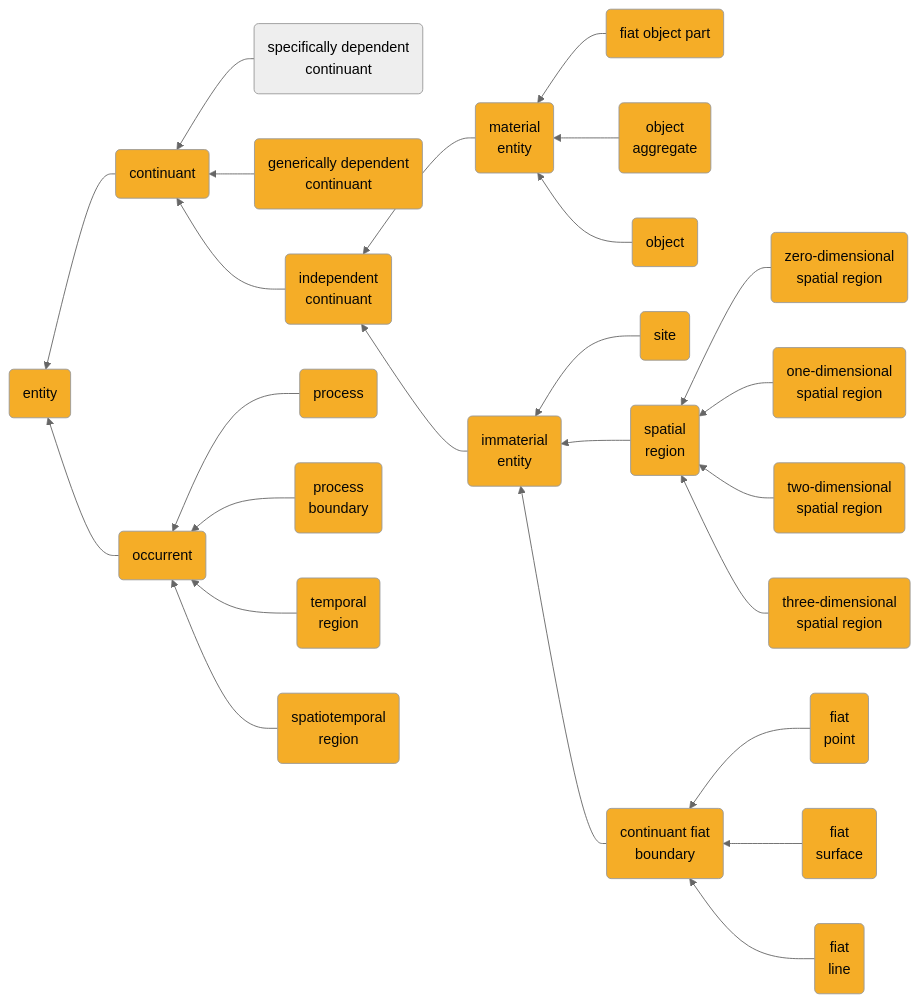
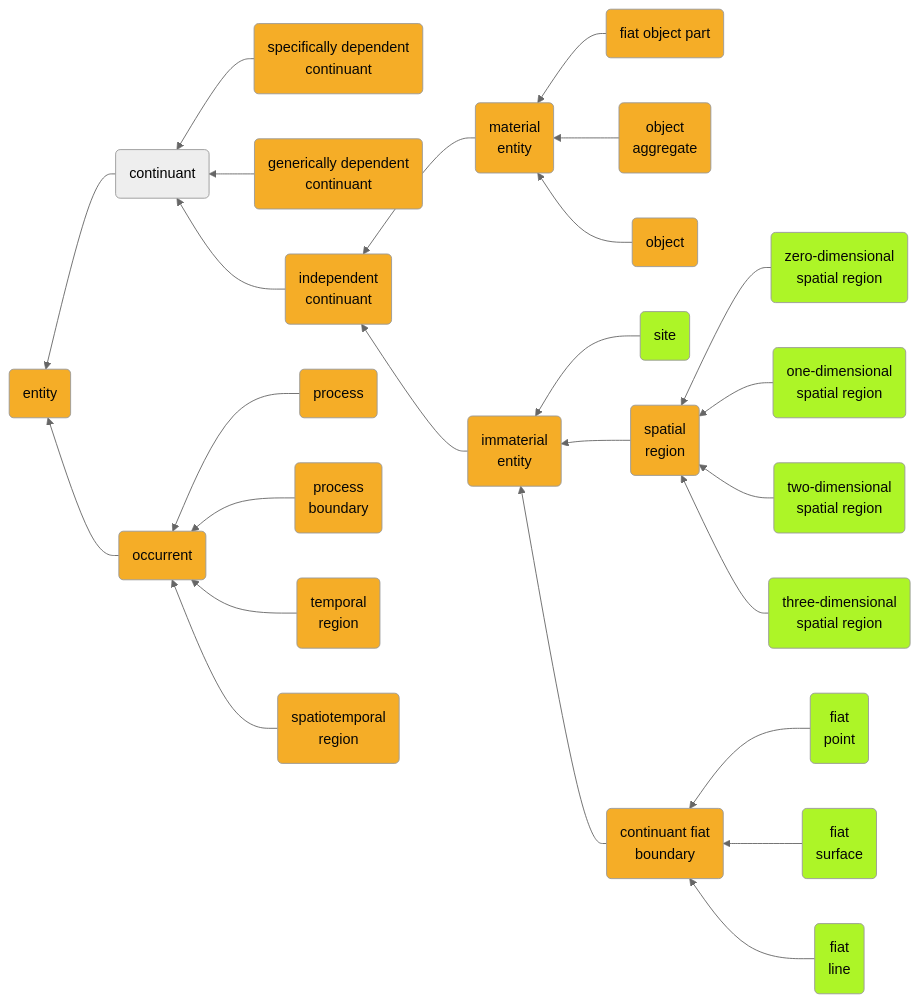
One commit to dr-shorthair/BFO-2020 changed the second of 2 diagrams in README.md. Above: the diagram before and after it, drawn with Mermaid (neutral theme).

Commit message:
Update README.md
Tweak colours for IC branch

````diff
--- a/README.md
+++ b/README.md
@@ -84,30 +84,31 @@
 ```mermaid
 graph RL
 	B(continuant)-->A(entity):::BFO
-	D(specifically dependent<br> continuant)-->B(continuant):::BFO
+	D(specifically dependent<br> continuant):::BFO-->B(continuant)
 	E(generically dependent<br> continuant):::BFO-->B(continuant)
-	F(independent<br> continuant)-->B(continuant)
-	G(material entity)-->F(independent<br> continuant):::BFO
-	H(immaterial<br> entity)-->F(independent<br> continuant)
-	O(site):::BFO-->H(immaterial<br> entity):::BFO
-	P(spatial<br> region):::BFO-->H(immaterial<br> entity)
-	Q(continuant fiat<br> boundary):::BFO-->H(immaterial<br> entity)
-	R(fiat<br> point):::BFO-->Q(continuant fiat<br> boundary):::BFO
-	S(fiat<br> surface):::BFO-->Q(continuant fiat<br> boundary)
-	T(fiat<br> line):::BFO-->Q(continuant fiat<br> boundary)
-	VD(zero-dimensional<br> spatial region):::BFO-->P(spatial<br> region):::BFO
-	U(one-dimensional<br> spatial region):::BFO-->P(spatial<br> region):::BFO
-	V(two-dimensional<br> spatial region):::BFO-->P(spatial<br> region):::BFO
-	W(three-dimensional<br> spatial region):::BFO-->P(spatial<br> region):::BFO
+	F(independent<br> continuant):::BFO-->B(continuant)
+	G(material entity):::IC-->F(independent<br> continuant):::BFO
+	H(immaterial<br> entity):::IC-->F(independent<br> continuant)
+	O(site):::IC-->H(immaterial<br> entity):::BFO
+	P(spatial<br> region):::IC-->H(immaterial<br> entity)
+	Q(continuant fiat<br> boundary):::IC-->H(immaterial<br> entity)
+	R(fiat<br> point):::IC-->Q(continuant fiat<br> boundary):::BFO
+	S(fiat<br> surface):::IC-->Q(continuant fiat<br> boundary)
+	T(fiat<br> line):::IC-->Q(continuant fiat<br> boundary)
+	VD(zero-dimensional<br> spatial region):::IC-->P(spatial<br> region):::BFO
+	U(one-dimensional<br> spatial region):::IC-->P(spatial<br> region):::BFO
+	V(two-dimensional<br> spatial region):::IC-->P(spatial<br> region):::BFO
+	W(three-dimensional<br> spatial region):::IC-->P(spatial<br> region):::BFO
 	X(fiat object part):::BFO-->G(material<br> entity):::BFO
 	Y(object<br> aggregate):::BFO-->G(material<br> entity):::BFO
 	Z(object):::BFO-->G(material<br> entity):::BFO
 	C(occurrent):::BFO-->A(entity):::BFO
 	AA(process):::BFO-->C(occurrent):::BFO
 	AB(process<br> boundary):::BFO-->C(occurrent)
 	AC(temporal<br> region):::BFO-->C(occurrent)
 	AD(spatiotemporal<br> region):::BFO-->C(occurrent)
 
     classDef BFO fill:#F5AD27,color:#060606
+    classDef IC fill:#ADF527,color:#060606
 
   ```
````
